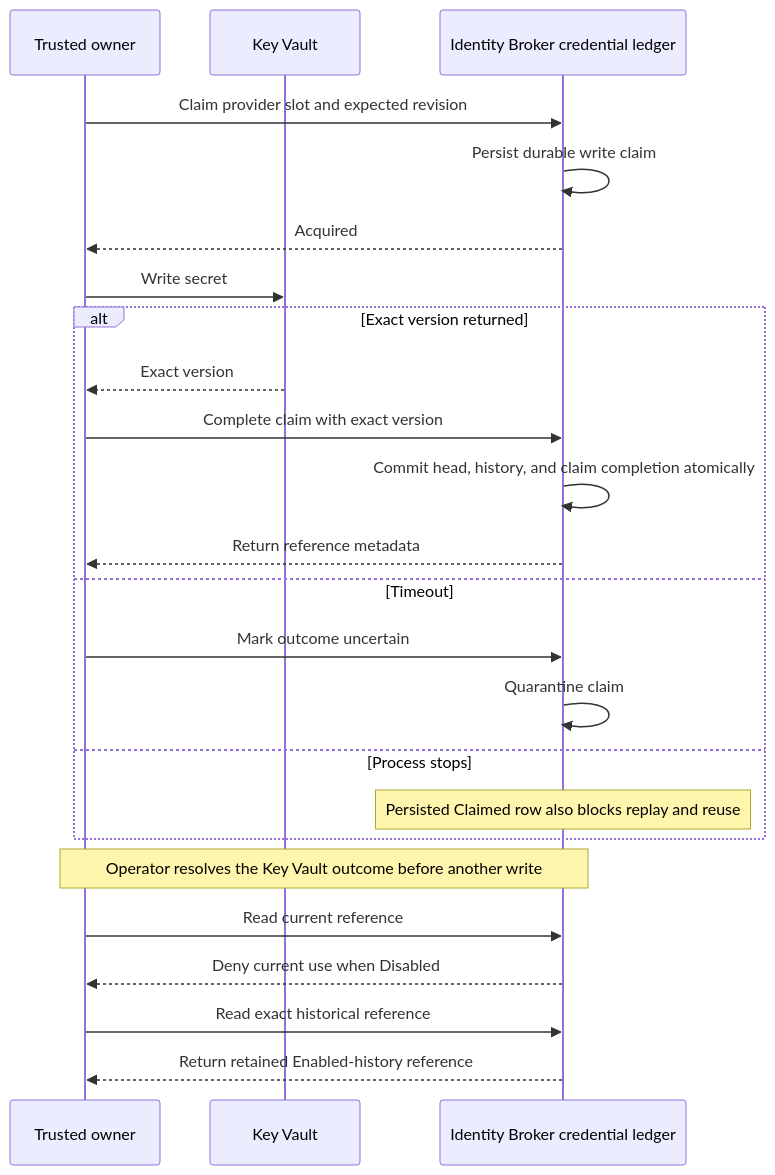
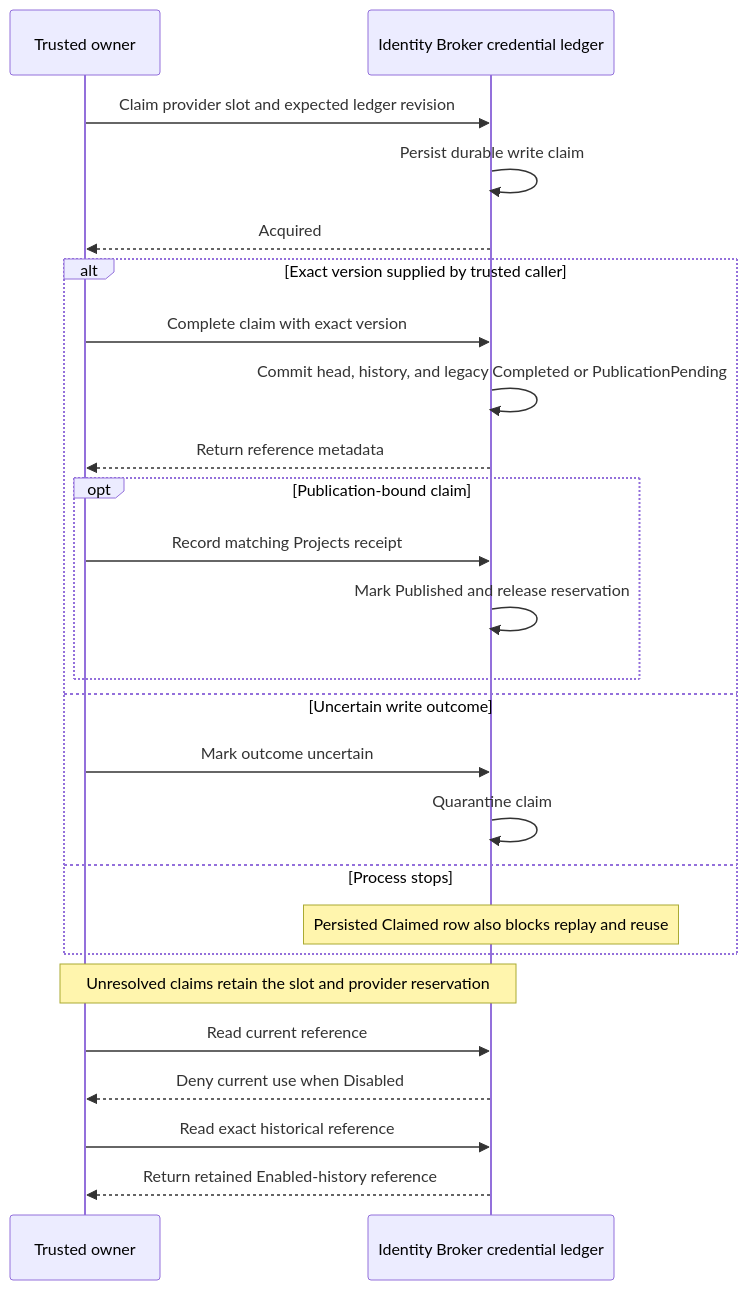
One commit to sabbour/agentweaver changed the second of 4 diagrams in docs/architecture/identity-secrets.md. Above: the diagram before and after it, drawn with Mermaid. The commit also changed other lines of this file and 9 other files, not shown here.

Commit message:
feat(identity): retain credential publication claims

````diff
--- a/docs/architecture/identity-secrets.md
+++ b/docs/architecture/identity-secrets.md
@@ -174,26 +188,27 @@
 ```mermaid
 sequenceDiagram
     participant Owner as Trusted owner
-    participant Vault as Key Vault
     participant Ledger as Identity Broker credential ledger
-    Owner->>Ledger: Claim provider slot and expected revision
+    Owner->>Ledger: Claim provider slot and expected ledger revision
     Ledger->>Ledger: Persist durable write claim
     Ledger-->>Owner: Acquired
-    Owner->>Vault: Write secret
-    alt Exact version returned
-        Vault-->>Owner: Exact version
+    alt Exact version supplied by trusted caller
         Owner->>Ledger: Complete claim with exact version
-        Ledger->>Ledger: Commit head, history, and claim completion atomically
+        Ledger->>Ledger: Commit head, history, and legacy Completed or PublicationPending
         Ledger-->>Owner: Return reference metadata
-    else Timeout
+        opt Publication-bound claim
+            Owner->>Ledger: Record matching Projects receipt
+            Ledger->>Ledger: Mark Published and release reservation
+        end
+    else Uncertain write outcome
         Owner->>Ledger: Mark outcome uncertain
         Ledger->>Ledger: Quarantine claim
     else Process stops
         Note over Ledger: Persisted Claimed row also blocks replay and reuse
     end
-    Note over Owner,Ledger: Operator resolves the Key Vault outcome before another write
+    Note over Owner,Ledger: Unresolved claims retain the slot and provider reservation
     Owner->>Ledger: Read current reference
     Ledger-->>Owner: Deny current use when Disabled
     Owner->>Ledger: Read exact historical reference
     Ledger-->>Owner: Return retained Enabled-history reference
 ```
````
